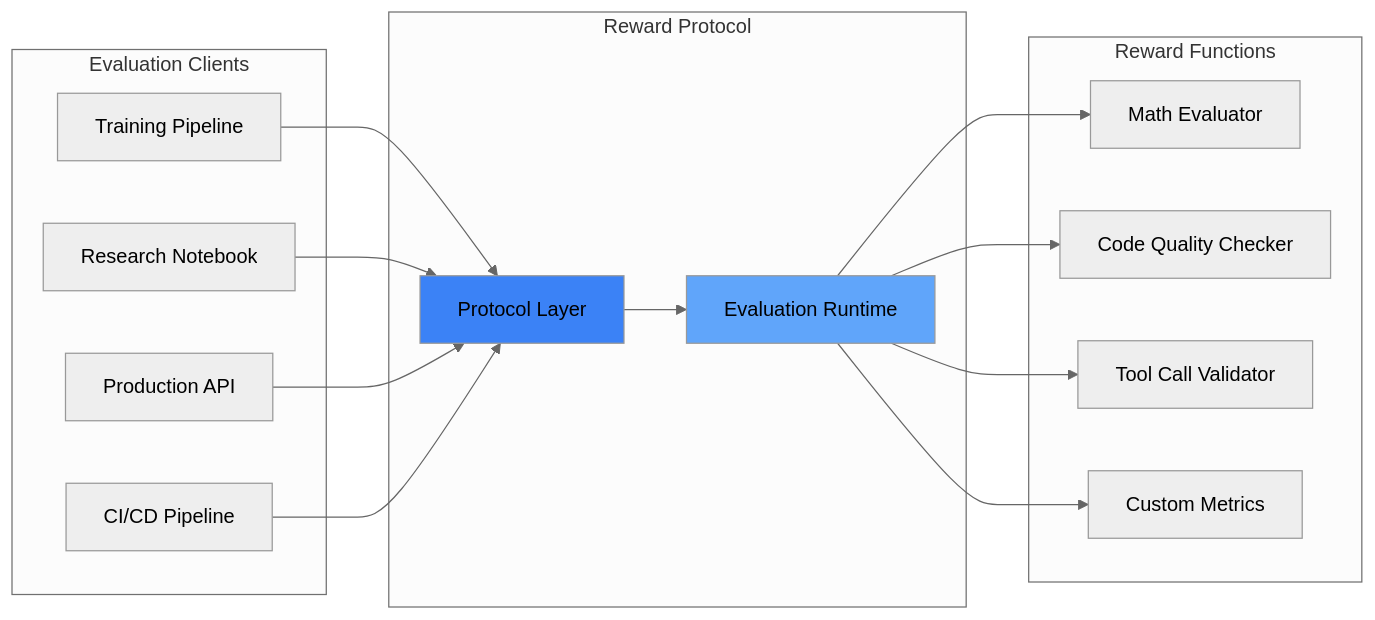
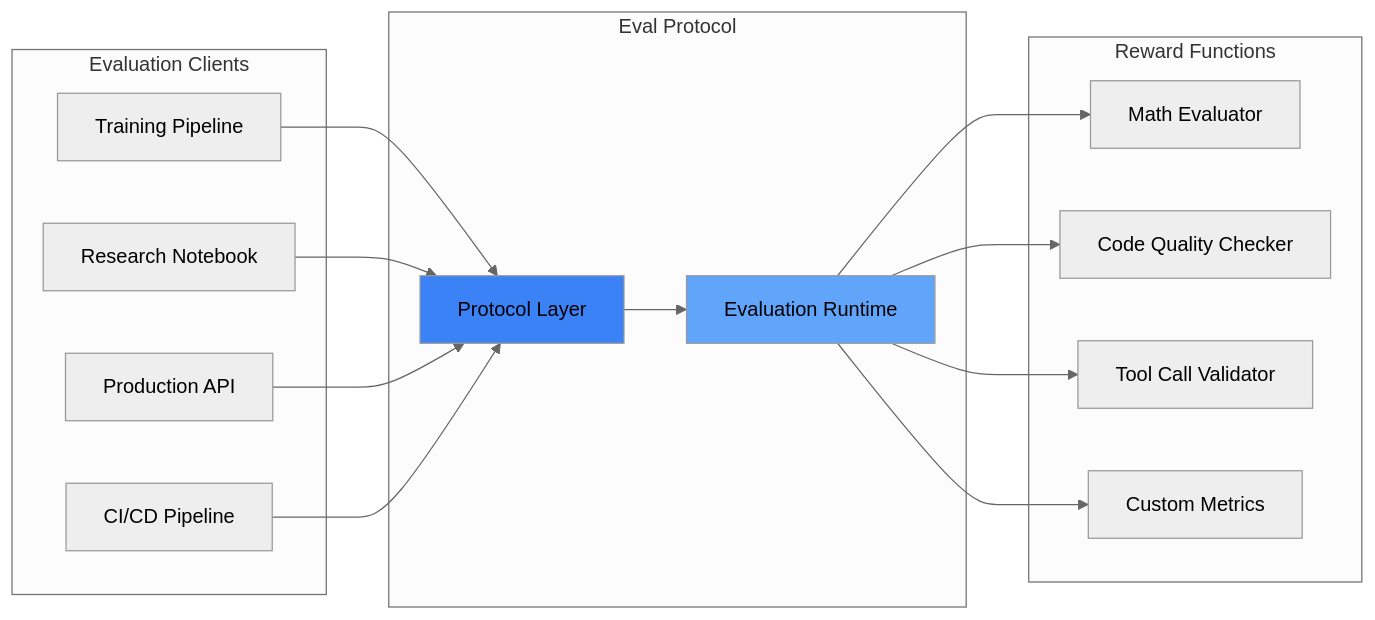
The second of 2 diagrams in introduction.mdx (eval-protocol/eval-protocol), drawn with Mermaid (neutral theme) before and after one commit. The commit also changed other lines of this file and 27 other files, not shown here.

Commit message:
Move to eval protocol

````diff
--- a/introduction.mdx
+++ b/introduction.mdx
@@ -88,35 +88,35 @@
 ```mermaid
 graph LR
     subgraph "Evaluation Clients"
         A[Training Pipeline]
         B[Research Notebook]
         C[Production API]
         D[CI/CD Pipeline]
     end
     
-    subgraph "Reward Protocol"
+    subgraph "Eval Protocol"
         E[Protocol Layer]
         F[Evaluation Runtime]
     end
     
     subgraph "Reward Functions"
         G[Math Evaluator]
         H[Code Quality Checker]
         I[Tool Call Validator]
         J[Custom Metrics]
     end
     
     A --> E
     B --> E
     C --> E
     D --> E
     
     E --> F
     F --> G
     F --> H
     F --> I
     F --> J
     
     style E fill:#3b82f6
     style F fill:#60a5fa
 ```
````
